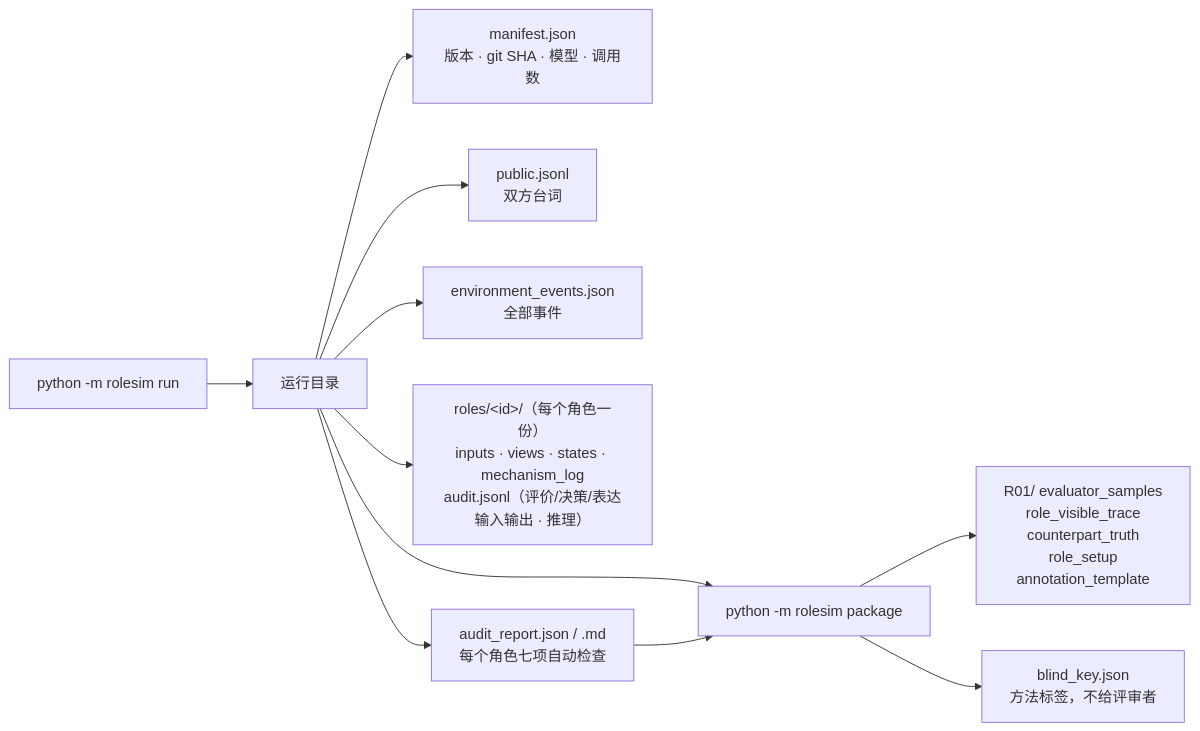
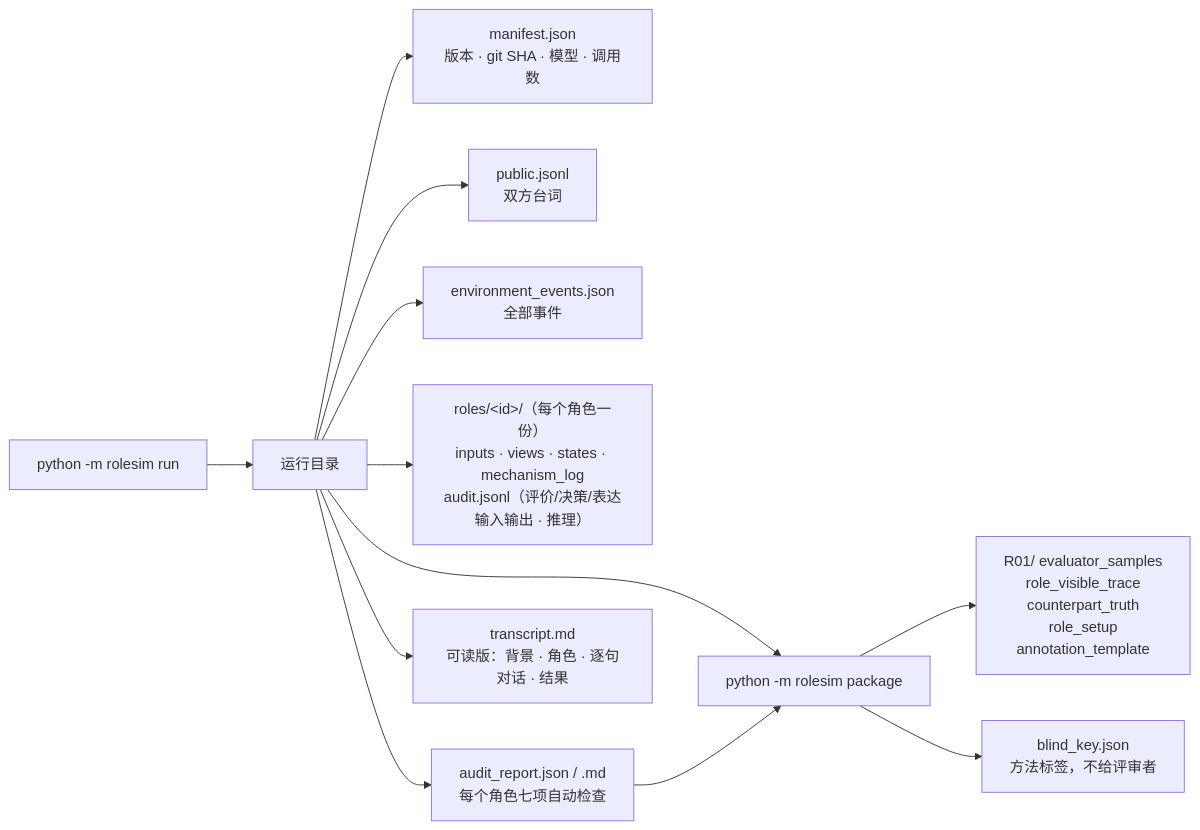
One commit to piersalei/RoleSimulationFramework changed the fifth of 5 diagrams in docs/07-architecture.md. Above: the diagram before and after it, drawn with Mermaid. The commit also changed other lines of this file and 7 other files, not shown here.

````diff
--- a/docs/07-architecture.md
+++ b/docs/07-architecture.md
@@ -229,13 +230,14 @@
 ```mermaid
 flowchart LR
   RUNX["python -m rolesim run"] --> D["运行目录"]
   D --> F1["manifest.json<br/>版本 · git SHA · 模型 · 调用数"]
   D --> F6["public.jsonl<br/>双方台词"]
   D --> F7["environment_events.json<br/>全部事件"]
   D --> RD["roles/&lt;id&gt;/（每个角色一份）<br/>inputs · views · states · mechanism_log<br/>audit.jsonl（评价/决策/表达输入输出 · 推理）"]
   D --> AR["audit_report.json / .md<br/>每个角色七项自动检查"]
+  D --> TR["transcript.md<br/>可读版：背景 · 角色 · 逐句对话 · 结果"]
   D --> PK["python -m rolesim package"]
   AR --> PK
   PK --> P1["R01/ evaluator_samples<br/>role_visible_trace<br/>counterpart_truth<br/>role_setup<br/>annotation_template"]
   PK --> P2["blind_key.json<br/>方法标签，不给评审者"]
 ```
````
